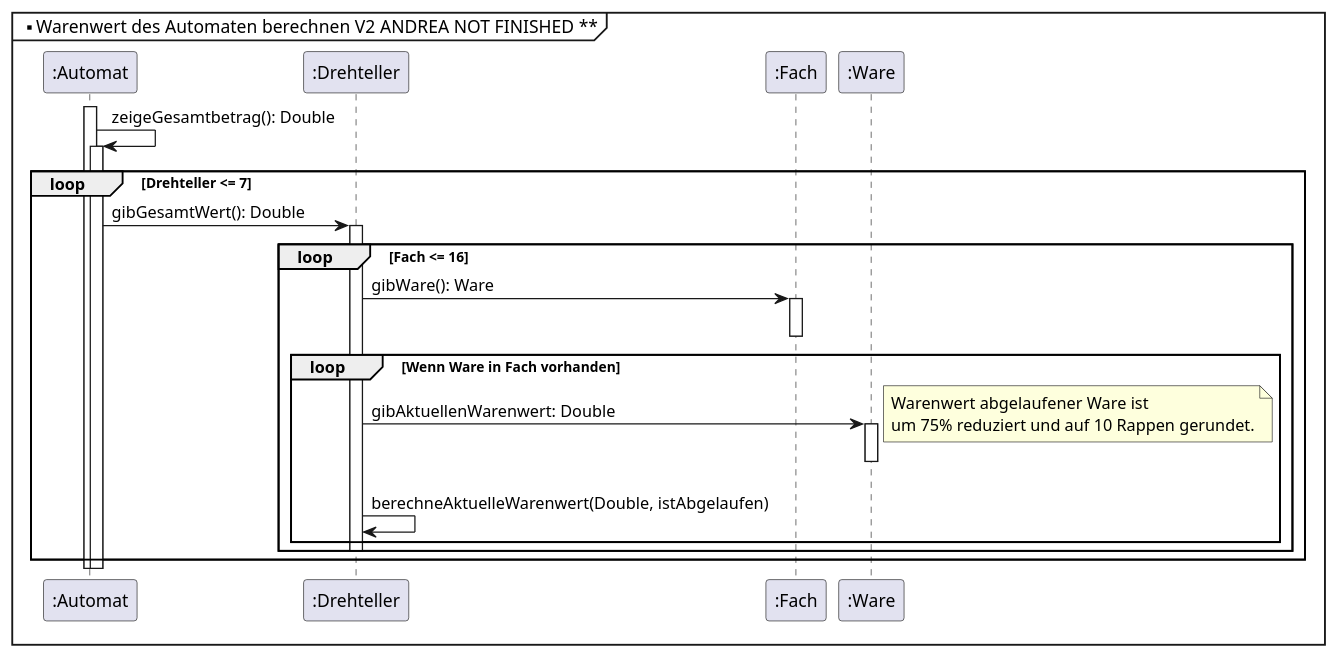
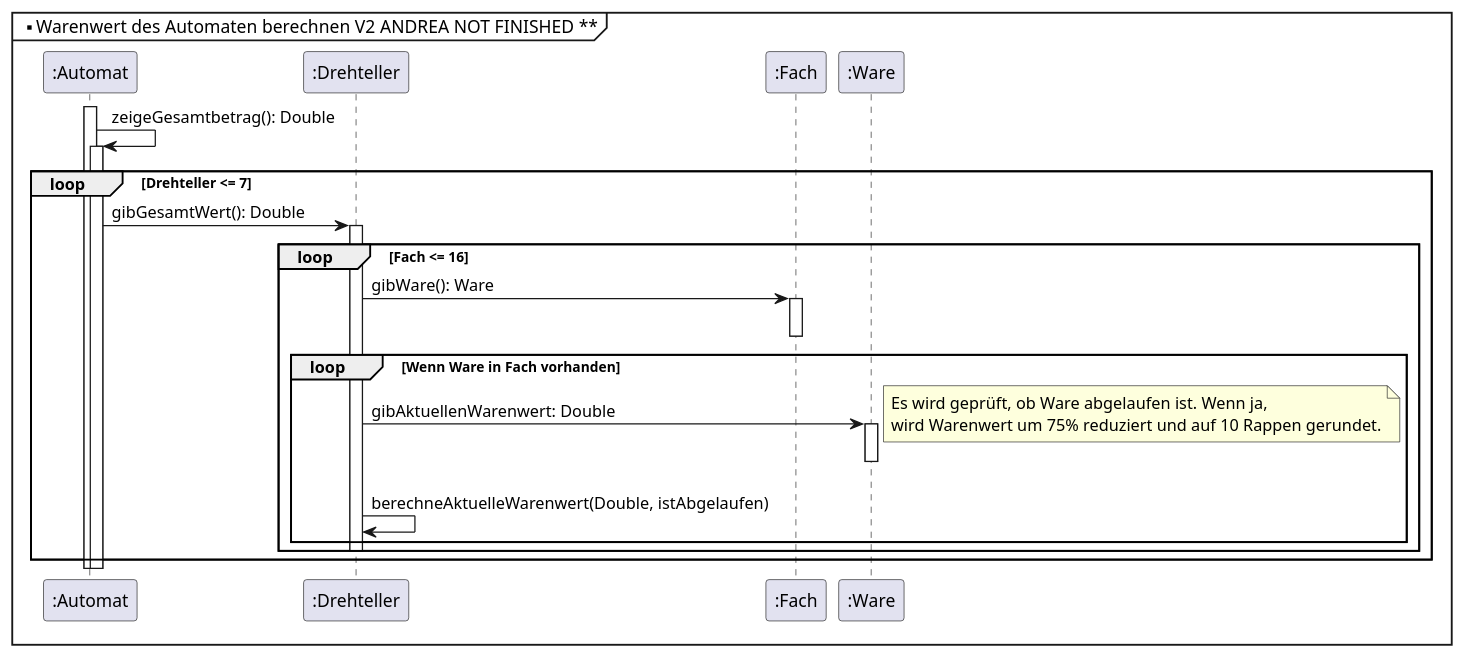
One commit to egoat/MAS-SE22_Warenautomat2022_Analyse changed the fifth of 5 diagrams in Warenautomat.md. Above: the diagram before and after it, drawn with PlantUML. The commit also changed other lines of this file, not shown here.

Commit message:
Update privat/public, gross/klein und Anmerkung Diagramm

````diff
--- a/Warenautomat.md
+++ b/Warenautomat.md
@@ -417,42 +416,42 @@
 ```plantuml
 @startuml
 
 mainframe ** Warenwert des Automaten berechnen V2 ANDREA NOT FINISHED **
 
 participant ":Automat" as Automat   
 participant ":Drehteller" as Drehteller
 participant ":Fach" as Fach
 
 activate Automat
     Automat -> Automat : zeigeGesamtbetrag(): Double
     activate Automat
         loop Drehteller <= 7
             Automat -> Drehteller : gibGesamtWert(): Double
             participant ":Ware" as Ware
             activate Drehteller
                 loop Fach <= 16
                     Drehteller -> Fach : gibWare(): Ware
                     activate Fach
                     deactivate Fach
                     loop Wenn Ware in Fach vorhanden
                         Drehteller -> Ware : gibAktuellenWarenwert: Double
                         activate Ware
                         deactivate Ware
                         note right
-                            Warenwert abgelaufener Ware ist
-                            um 75% reduziert und auf 10 Rappen gerundet.
+                            Es wird geprüft, ob Ware abgelaufen ist. Wenn ja,
+                            wird Warenwert um 75% reduziert und auf 10 Rappen gerundet.
                             end note
                         Drehteller -> Drehteller : berechneAktuelleWarenwert(Double, istAbgelaufen)
                     end
                         activate Drehteller
                         deactivate Drehteller     
 
                 end 
             deactivate Drehteller      
         end   
     deactivate Automat     
 deactivate Automat 
 
 
 @enduml
 ```
````
